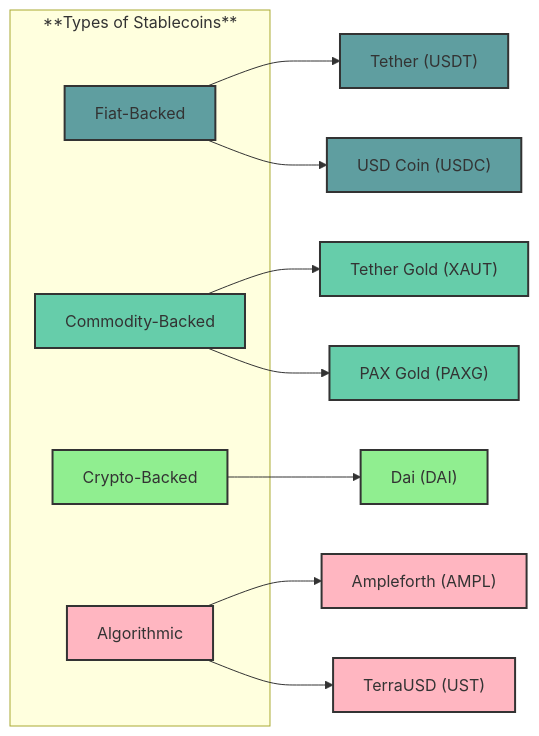
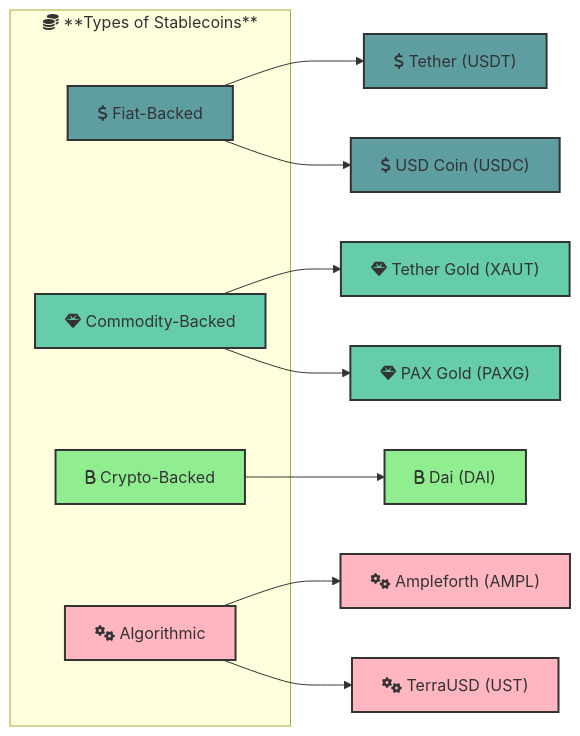
Diagram 11 of 25 in readme.md (HuyCuongBuiCong/blockchain-for-dummies), drawn with Mermaid before and after one commit. The commit also changed other lines of this file, not shown here.

````diff
--- a/readme.md
+++ b/readme.md
@@ -290,26 +380,27 @@
 ```mermaid
 graph LR
     classDef cadetblue fill:#5F9EA0,stroke:#333,stroke-width:2px;
     classDef mediumaquamarine fill:#66CDAA,stroke:#333,stroke-width:2px;
     classDef lightgreen fill:#90EE90,stroke:#333,stroke-width:2px;
     classDef lightpink fill:#FFB6C1,stroke:#333,stroke-width:2px;
 
-    subgraph Stablecoins["**Types of Stablecoins**"]
-        FiatBacked["Fiat-Backed"]:::cadetblue
-        CommodityBacked["Commodity-Backed"]:::mediumaquamarine
-        CryptoBacked["Crypto-Backed"]:::lightgreen
-        Algorithmic["Algorithmic"]:::lightpink
+    subgraph Stablecoins["fa:fa-coins **Types of Stablecoins**"]
+        FiatBacked["fa:fa-dollar-sign Fiat-Backed"]:::cadetblue
+        CommodityBacked["fa:fa-gem Commodity-Backed"]:::mediumaquamarine
+        CryptoBacked["fa:fa-b Crypto-Backed"]:::lightgreen
+        Algorithmic["fa:fa-cogs Algorithmic"]:::lightpink
     end
 
-    FiatBacked --> Tether["Tether (USDT)"]:::cadetblue
-    FiatBacked --> USDCoin["USD Coin (USDC)"]:::cadetblue
+    FiatBacked --> Tether["fa:fa-dollar-sign Tether (USDT)"]:::cadetblue
+    FiatBacked --> USDCoin["fa:fa-dollar-sign USD Coin (USDC)"]:::cadetblue
 
-    CommodityBacked --> TetherGold["Tether Gold (XAUT)"]:::mediumaquamarine
-    CommodityBacked --> PAXGold["PAX Gold (PAXG)"]:::mediumaquamarine
+    CommodityBacked --> TetherGold["fa:fa-gem Tether Gold (XAUT)"]:::mediumaquamarine
+    CommodityBacked --> PAXGold["fa:fa-gem PAX Gold (PAXG)"]:::mediumaquamarine
 
-    CryptoBacked --> Dai["Dai (DAI)"]:::lightgreen
+    CryptoBacked --> Dai["fa:fa-b Dai (DAI)"]:::lightgreen
 
-    Algorithmic --> AMPL["Ampleforth (AMPL)"]:::lightpink
-    Algorithmic --> UST["TerraUSD (UST)"]:::lightpink
+    Algorithmic --> AMPL["fa:fa-cogs Ampleforth (AMPL)"]:::lightpink
+    Algorithmic --> UST["fa:fa-cogs TerraUSD (UST)"]:::lightpink
+
 
 ```
````
